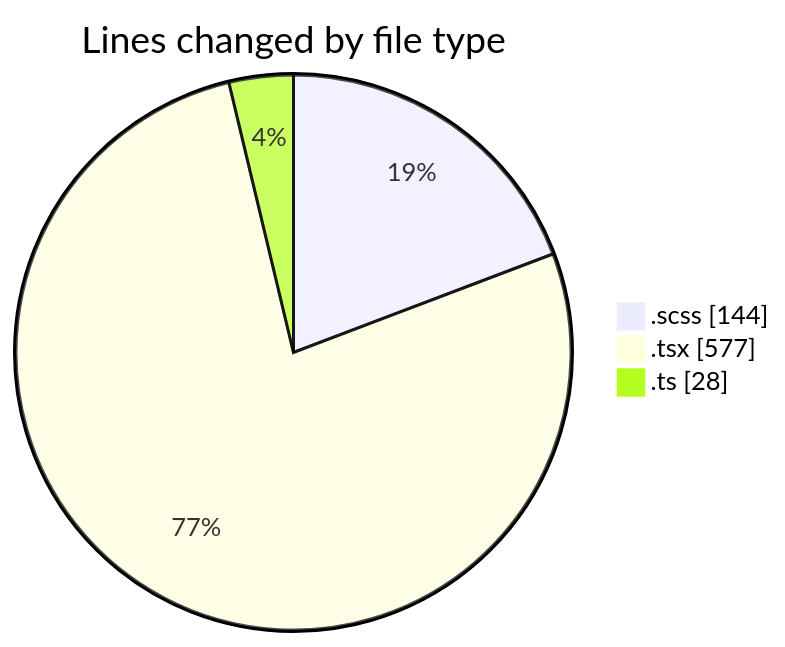
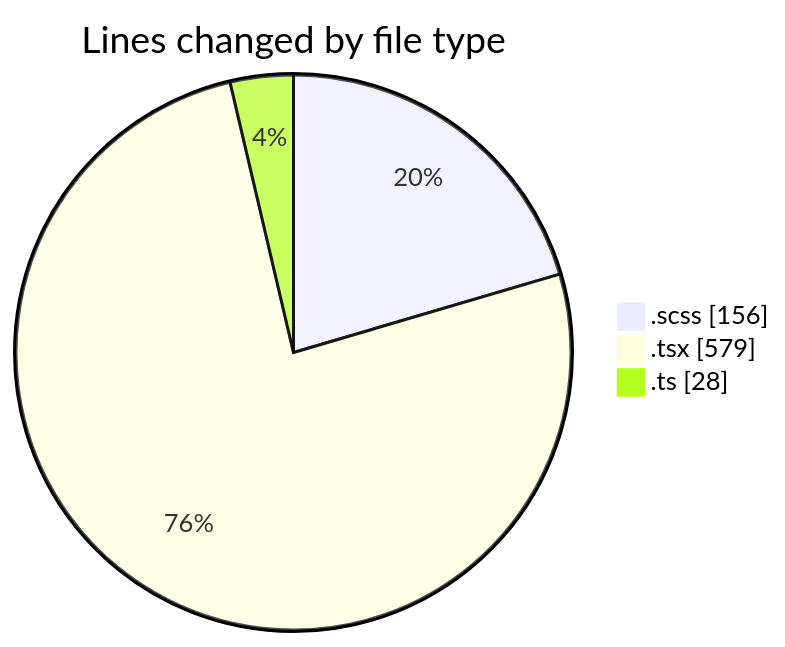
The first of 2 diagrams in 2025-02-10/cda/README.md (momahboobian/code-tracking), drawn with Mermaid before and after one commit. The commit also changed other lines of this file and 1 other file, not shown here.

````diff
--- a/2025-02-10/cda/README.md
+++ b/2025-02-10/cda/README.md
@@ -25,7 +25,7 @@
 ```mermaid
 pie showData
 title Lines changed by file type
-".scss" : 144
-".tsx" : 577
+".scss" : 156
+".tsx" : 579
 ".ts" : 28
 ```
````
